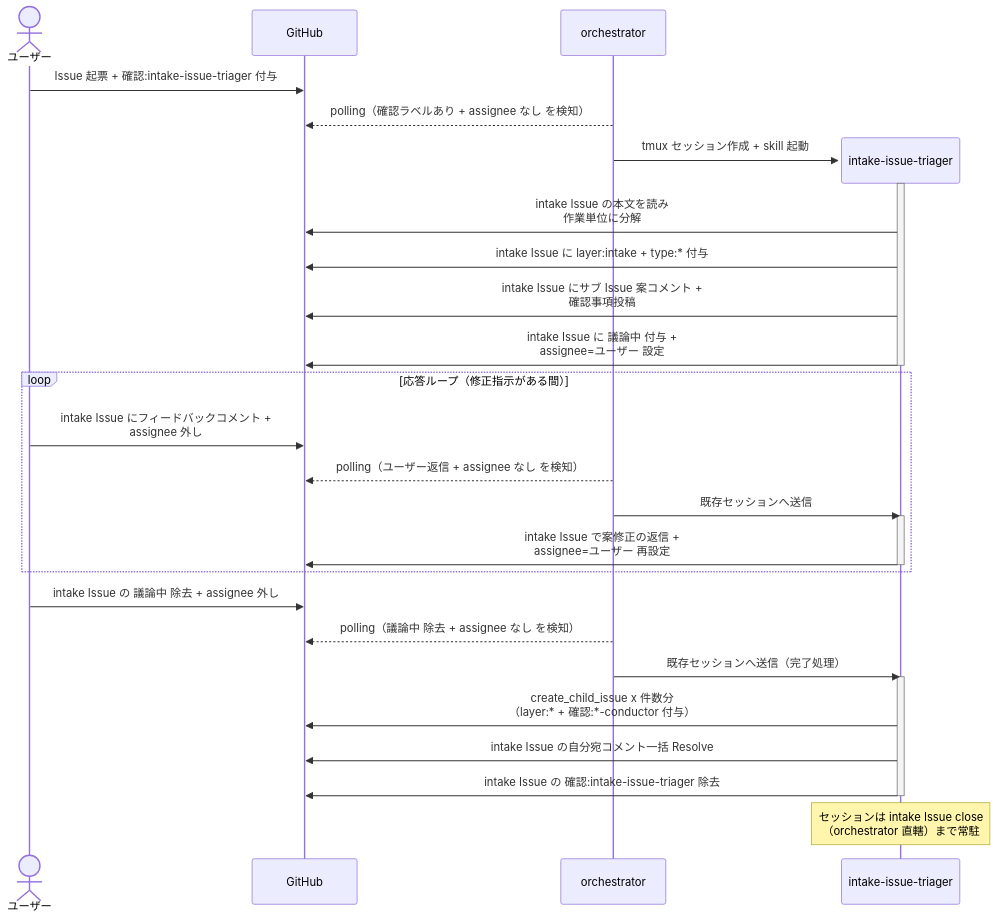
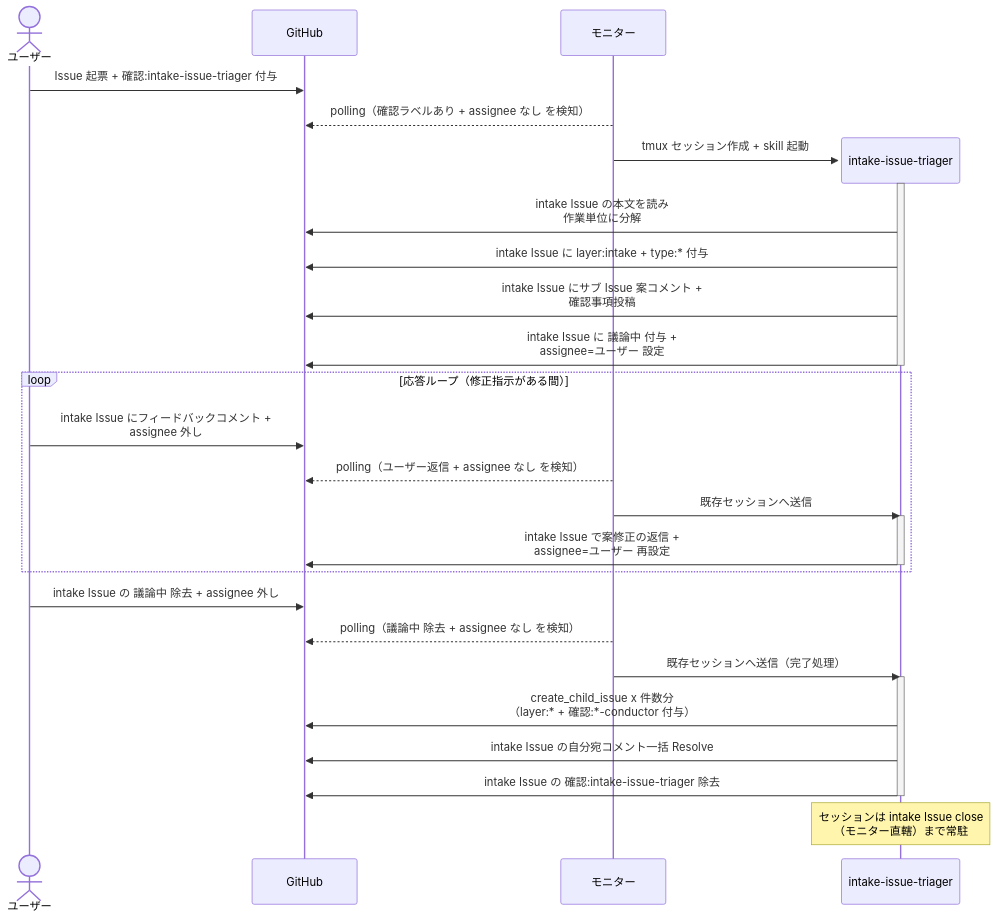
Before and after one commit to shuhei1101/ai-monitor: the diagram in docs/wiki/設計図/シナリオ/単一ユースケース/Issue分解と子起票.md, drawn with Mermaid. The commit also changed other lines of this file and 196 other files, not shown here.

````diff
--- a/docs/wiki/設計図/シナリオ/単一ユースケース/Issue分解と子起票.md
+++ b/docs/wiki/設計図/シナリオ/単一ユースケース/Issue分解と子起票.md
@@ -19,36 +20,36 @@
 ```mermaid
 sequenceDiagram
   actor U as ユーザー
   participant GH as GitHub
-  participant ORC as orchestrator
+  participant ORC as モニター
 
   U->>GH: Issue 起票 + 確認:intake-issue-triager 付与
   ORC-->>GH: polling（確認ラベルあり + assignee なし を検知）
   create participant MON as intake-issue-triager
   ORC->>MON: tmux セッション作成 + skill 起動
   activate MON
   MON->>GH: intake Issue の本文を読み<br>作業単位に分解
   MON->>GH: intake Issue に layer:intake + type:* 付与
   MON->>GH: intake Issue にサブ Issue 案コメント +<br>確認事項投稿
   MON->>GH: intake Issue に 議論中 付与 +<br>assignee=ユーザー 設定
   deactivate MON
 
   loop 応答ループ（修正指示がある間）
     U->>GH: intake Issue にフィードバックコメント +<br>assignee 外し
     ORC-->>GH: polling（ユーザー返信 + assignee なし を検知）
     ORC->>MON: 既存セッションへ送信
     activate MON
     MON->>GH: intake Issue で案修正の返信 +<br>assignee=ユーザー 再設定
     deactivate MON
   end
 
   U->>GH: intake Issue の 議論中 除去 + assignee 外し
   ORC-->>GH: polling（議論中 除去 + assignee なし を検知）
   ORC->>MON: 既存セッションへ送信（完了処理）
   activate MON
   MON->>GH: create_child_issue x 件数分<br>（layer:* + 確認:*-conductor 付与）
   MON->>GH: intake Issue の自分宛コメント一括 Resolve
   MON->>GH: intake Issue の 確認:intake-issue-triager 除去
   deactivate MON
-  Note over MON: セッションは intake Issue close<br>（orchestrator 直轄）まで常駐
+  Note over MON: セッションは intake Issue close<br>（モニター直轄）まで常駐
 ```
````
